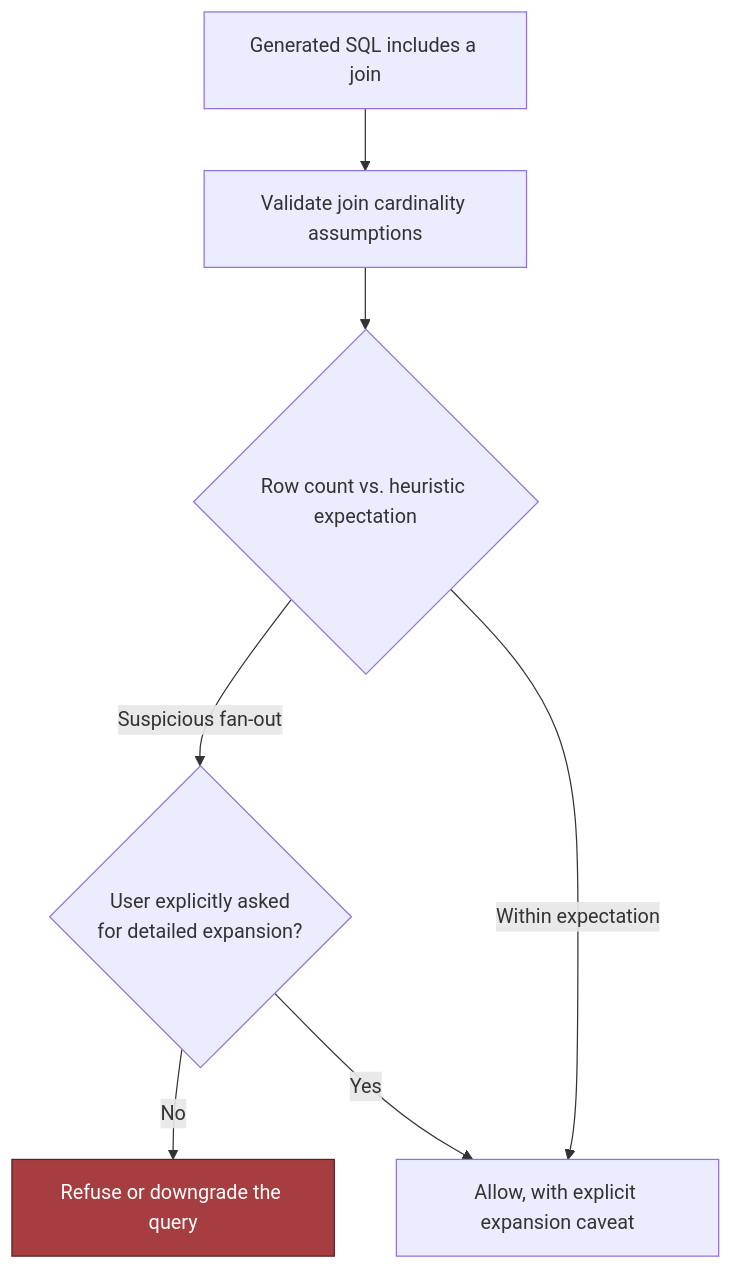
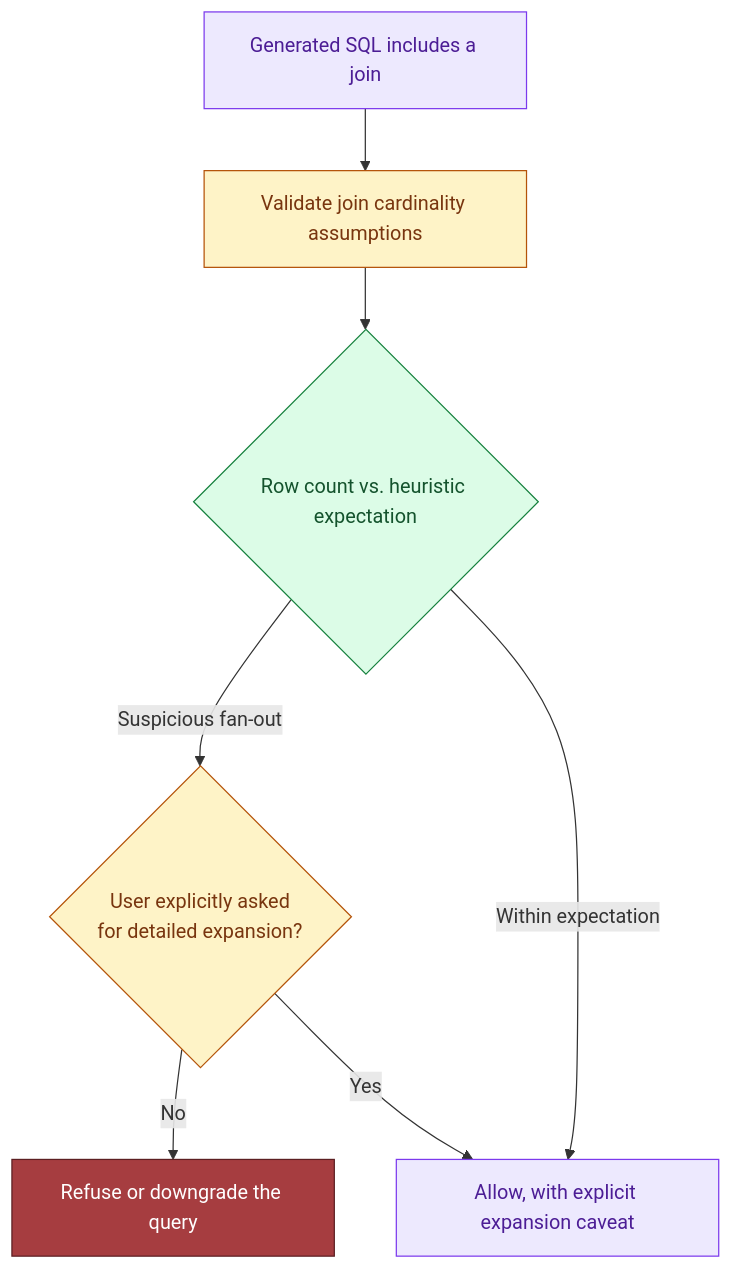
The third of 6 diagrams in site/content/modules/15-fde-case-studies/knowledge-retrieval/nl-over-governed-data/full-pack-part-3.md (Sourav692/Forward-Deployed-Engineer-Interview-Prep), drawn with Mermaid before and after one commit. The commit also changed other lines of this file and 1268 other files, not shown here.

First line of the commit message:
content: polish Casebook writing and Mermaid diagrams (#251)

````diff
--- a/site/content/modules/15-fde-case-studies/knowledge-retrieval/nl-over-governed-data/full-pack-part-3.md
+++ b/site/content/modules/15-fde-case-studies/knowledge-retrieval/nl-over-governed-data/full-pack-part-3.md
@@ -44,10 +76,20 @@
 ```mermaid
 flowchart TD
     A[Generated SQL includes a join] --> B[Validate join cardinality assumptions]
     B --> C{Row count vs. heuristic expectation}
     C -->|Suspicious fan-out| D{User explicitly asked<br/>for detailed expansion?}
     D -->|No| E[Refuse or downgrade the query]
     D -->|Yes| F[Allow, with explicit expansion caveat]
     C -->|Within expectation| F
     style E fill:#a63d40,stroke:#5c1f22,color:#fff
+
+    %% Casebook colours: entry, reasoning, results, controls, and stopped paths.
+    classDef cbReason fill:#ede9fe,stroke:#7c3aed,color:#4c1d95
+    class A,F cbReason
+    classDef cbPolicy fill:#fef3c7,stroke:#b45309,color:#78350f
+    class B,D cbPolicy
+    classDef cbAction fill:#dcfce7,stroke:#15803d,color:#14532d
+    class C cbAction
+    classDef cbStop fill:#fee2e2,stroke:#dc2626,color:#7f1d1d
+    class E cbStop
 ```
````
